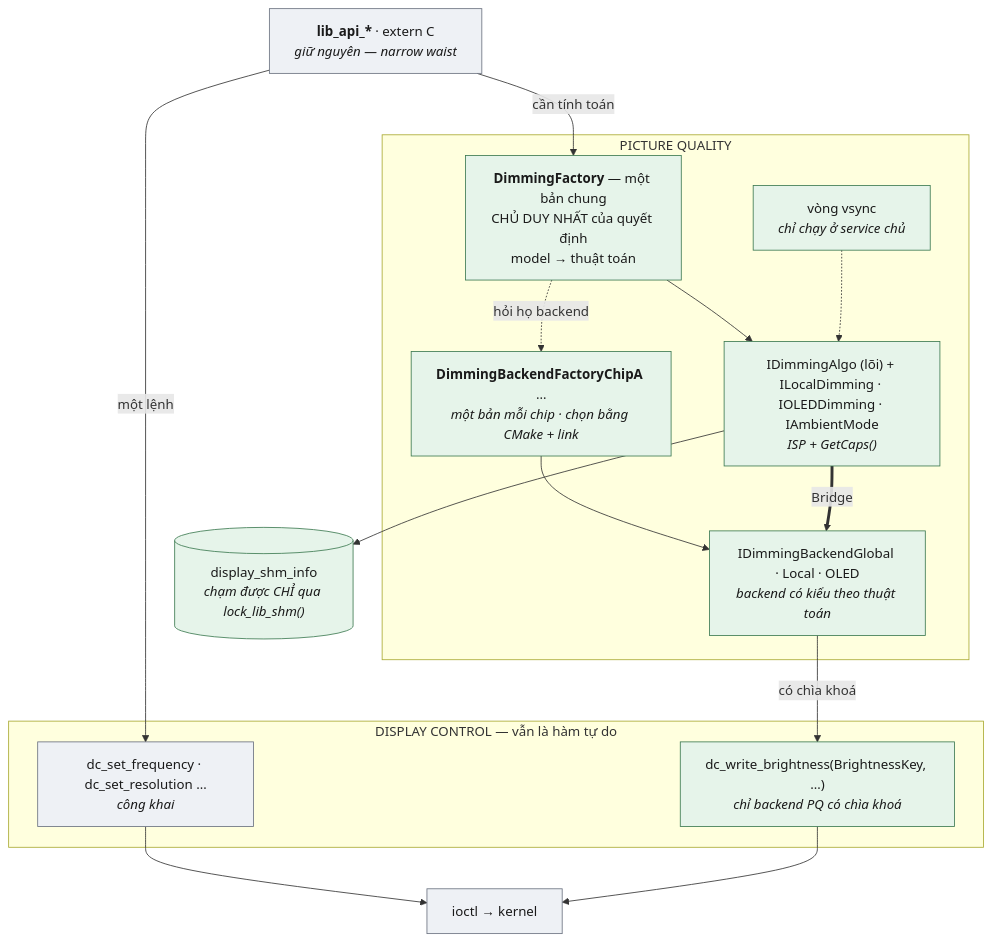
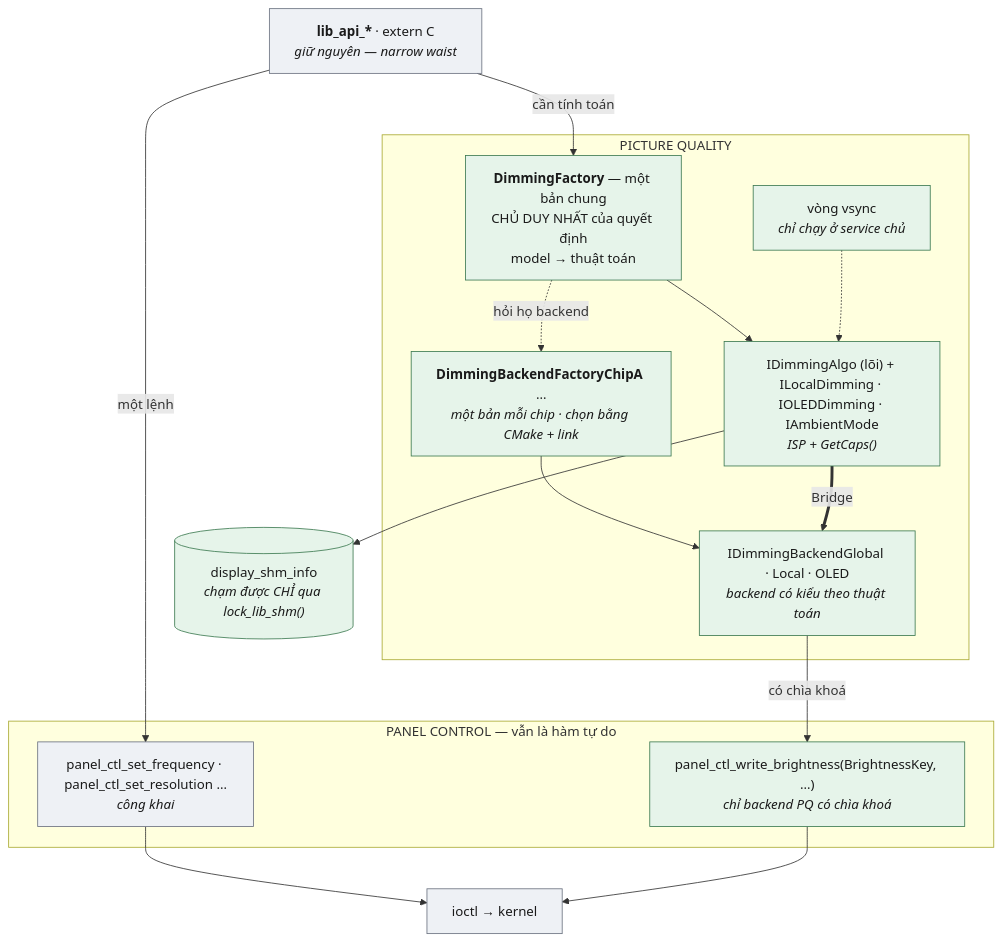
One commit to gia0901/Embedded-Knowledge changed the diagram in 11-design-patterns/in-practice/B1-redesign-architecture.md. Above: the diagram before and after it, drawn with Mermaid. The commit also changed other lines of this file and 21 other files, not shown here.

````diff
--- a/11-design-patterns/in-practice/B1-redesign-architecture.md
+++ b/11-design-patterns/in-practice/B1-redesign-architecture.md
@@ -385,36 +385,36 @@
 ```mermaid
 flowchart TD
     API["<b>lib_api_*</b> · extern C<br/><i>giữ nguyên — narrow waist</i>"]
 
     subgraph PQ["PICTURE QUALITY"]
         MK["<b>DimmingFactory</b> — một bản chung<br/>CHỦ DUY NHẤT của quyết định<br/>model → thuật toán"]
         CF["<b>DimmingBackendFactoryChipA</b> …<br/><i>một bản mỗi chip · chọn bằng CMake + link</i>"]
         CORE["IDimmingAlgo (lõi) + ILocalDimming · IOLEDDimming · IAmbientMode<br/><i>ISP + GetCaps()</i>"]
         BE["IDimmingBackendGlobal · Local · OLED<br/><i>backend có kiểu theo thuật toán</i>"]
         VS["vòng vsync<br/><i>chỉ chạy ở service chủ</i>"]
         MK --> CORE
         CF --> BE
         MK -.->|"hỏi họ backend"| CF
         CORE ==>|"Bridge"| BE
         VS -.-> CORE
     end
 
     SHM[("display_shm_info<br/><i>chạm được CHỈ qua lock_lib_shm()</i>")]
 
-    subgraph DC["DISPLAY CONTROL — vẫn là hàm tự do"]
-        PUB["dc_set_frequency · dc_set_resolution …<br/><i>công khai</i>"]
-        PRIV["dc_write_brightness(BrightnessKey, …)<br/><i>chỉ backend PQ có chìa khoá</i>"]
+    subgraph DC["PANEL CONTROL — vẫn là hàm tự do"]
+        PUB["panel_ctl_set_frequency · panel_ctl_set_resolution …<br/><i>công khai</i>"]
+        PRIV["panel_ctl_write_brightness(BrightnessKey, …)<br/><i>chỉ backend PQ có chìa khoá</i>"]
     end
 
     API -->|"cần tính toán"| MK
     API -->|"một lệnh"| PUB
     BE -->|"có chìa khoá"| PRIV
     CORE --> SHM
     PUB --> K["ioctl → kernel"]
     PRIV --> K
 
     classDef fix fill:#e6f4ea,stroke:#3d7a52,color:#1a1a1a
     classDef keep fill:#eef1f5,stroke:#6b7280,color:#1a1a1a
     class MK,CF,CORE,BE,VS,SHM,PRIV fix
     class API,PUB,K keep
 ```
````
